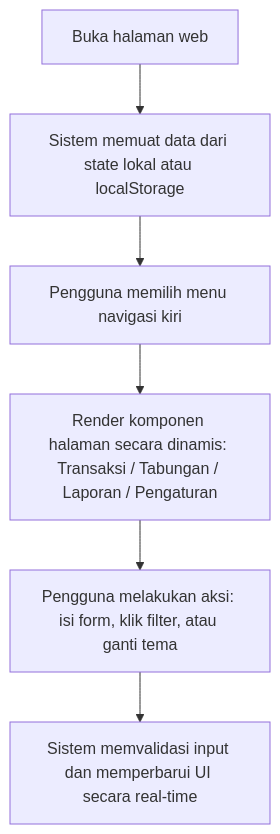
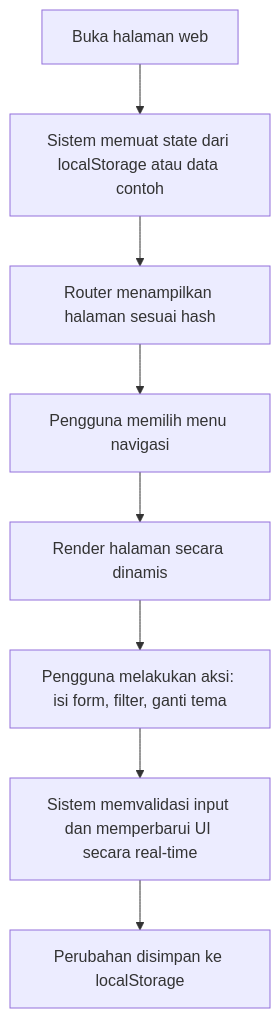
Before and after one commit to firdaushidayat015-beep/Dompetku: the eighth of 12 diagrams in dompetku/docs/SRS.md, drawn with Mermaid. The commit also changed other lines of this file, not shown here.

````diff
--- a/dompetku/docs/SRS.md
+++ b/dompetku/docs/SRS.md
@@ -58,8 +437,10 @@
 ```mermaid
 flowchart TD
-  A[Buka halaman web] --> B[Sistem memuat data dari state lokal atau localStorage]
-  B --> C[Pengguna memilih menu navigasi kiri]
-  C --> D[Render komponen halaman secara dinamis: Transaksi / Tabungan / Laporan / Pengaturan]
-  D --> E[Pengguna melakukan aksi: isi form, klik filter, atau ganti tema]
-  E --> F[Sistem memvalidasi input dan memperbarui UI secara real-time]
+  A[Buka halaman web] --> B[Sistem memuat state dari localStorage atau data contoh]
+  B --> C[Router menampilkan halaman sesuai hash]
+  C --> D[Pengguna memilih menu navigasi]
+  D --> E[Render halaman secara dinamis]
+  E --> F[Pengguna melakukan aksi: isi form, filter, ganti tema]
+  F --> G[Sistem memvalidasi input dan memperbarui UI secara real-time]
+  G --> H[Perubahan disimpan ke localStorage]
 ```
````
